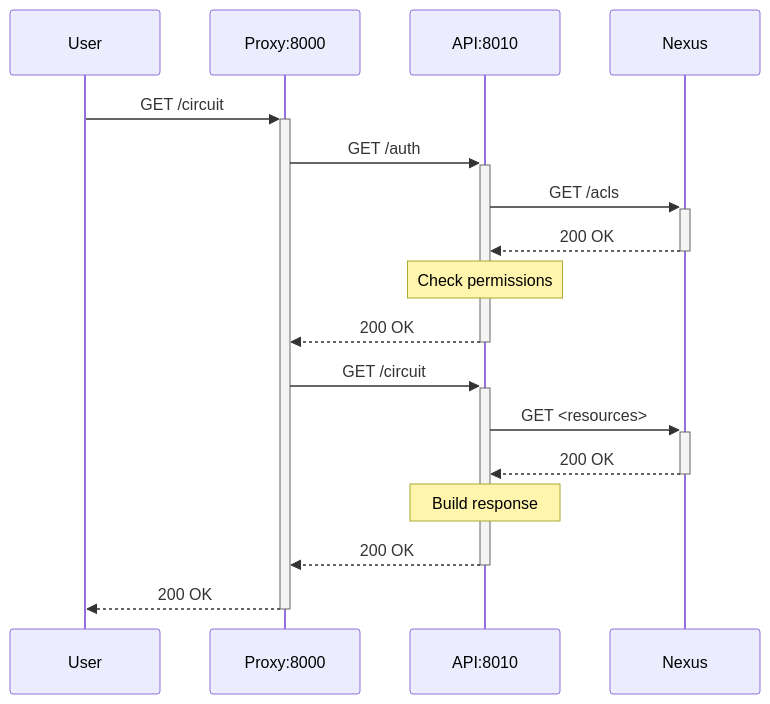
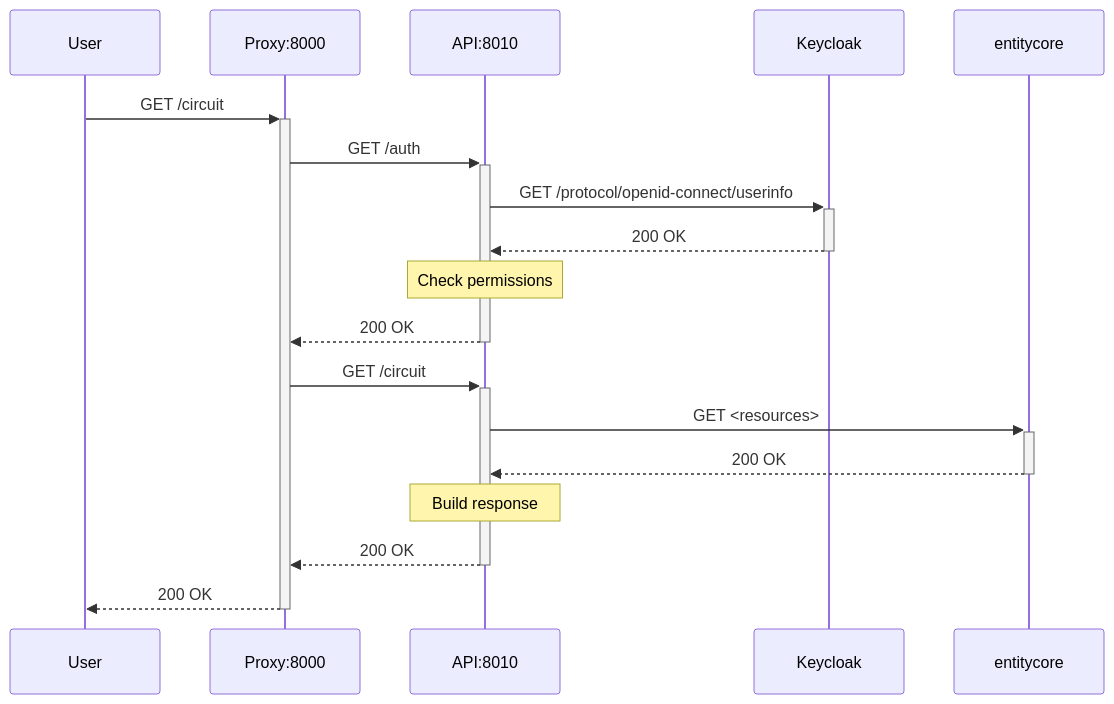
The diagram in README.md (openbraininstitute/sonata-cell-position), drawn with Mermaid before and after one commit. The commit also changed other lines of this file and 33 other files, not shown here.

Commit message:
Remove nexus integration, add keycloak auth, and update hierarchy (#7)

````diff
--- a/README.md
+++ b/README.md
@@ -12,19 +12,20 @@
 ```mermaid
 sequenceDiagram
     participant User
     participant Proxy as Proxy:8000
     participant API as API:8010
-    participant Nexus
+    participant Keycloak
+    participant entitycore
     User->>+Proxy: GET /circuit
     Proxy->>+API: GET /auth
-    API->>+Nexus: GET /acls
-    Nexus-->>-API: 200 OK
+    API->>+Keycloak: GET /protocol/openid-connect/userinfo
+    Keycloak-->>-API: 200 OK
     Note over API: Check permissions
     API-->>-Proxy: 200 OK
     Proxy->>+API: GET /circuit
-    API->>+Nexus: GET <resources>
-    Nexus-->>-API: 200 OK
+    API->>+entitycore: GET <resources>
+    entitycore-->>-API: 200 OK
     Note over API: Build response
     API-->>-Proxy: 200 OK
     Proxy-->>-User: 200 OK
 ```
````
